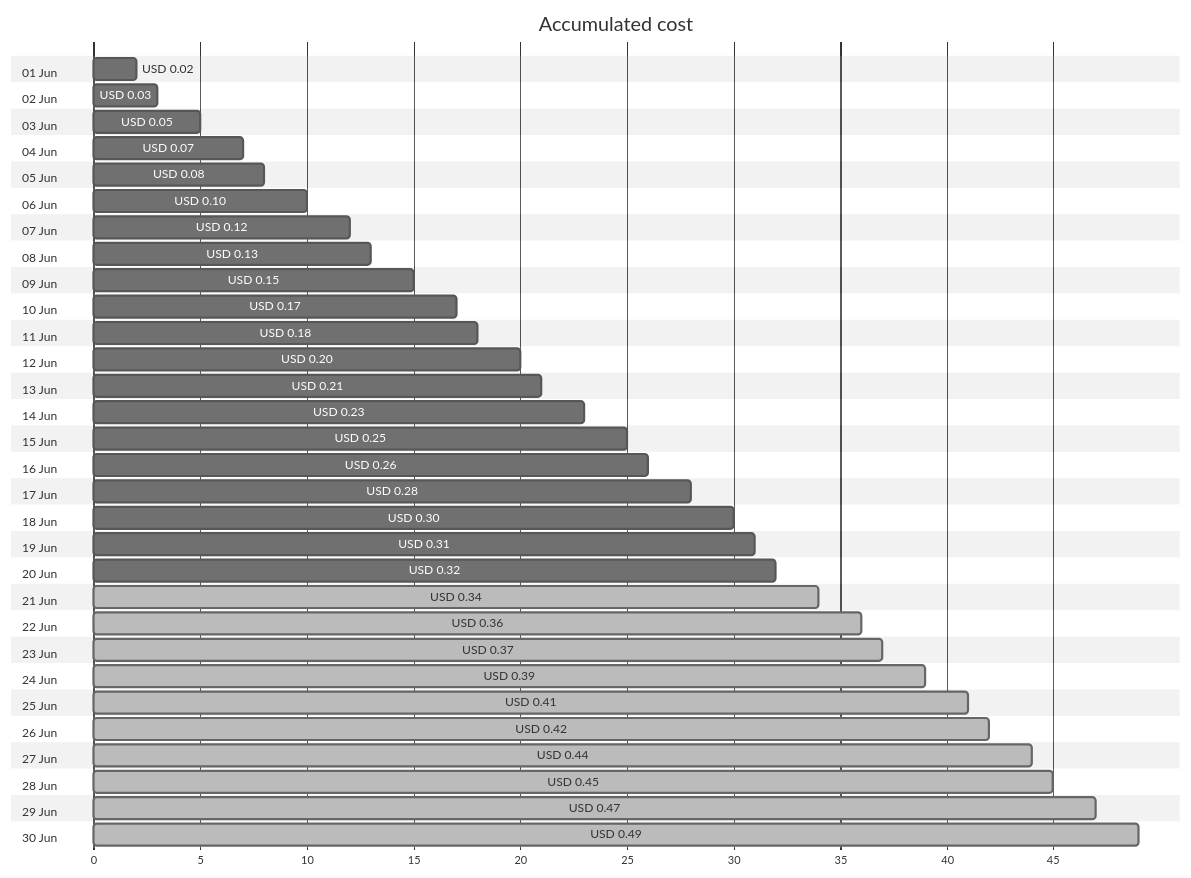
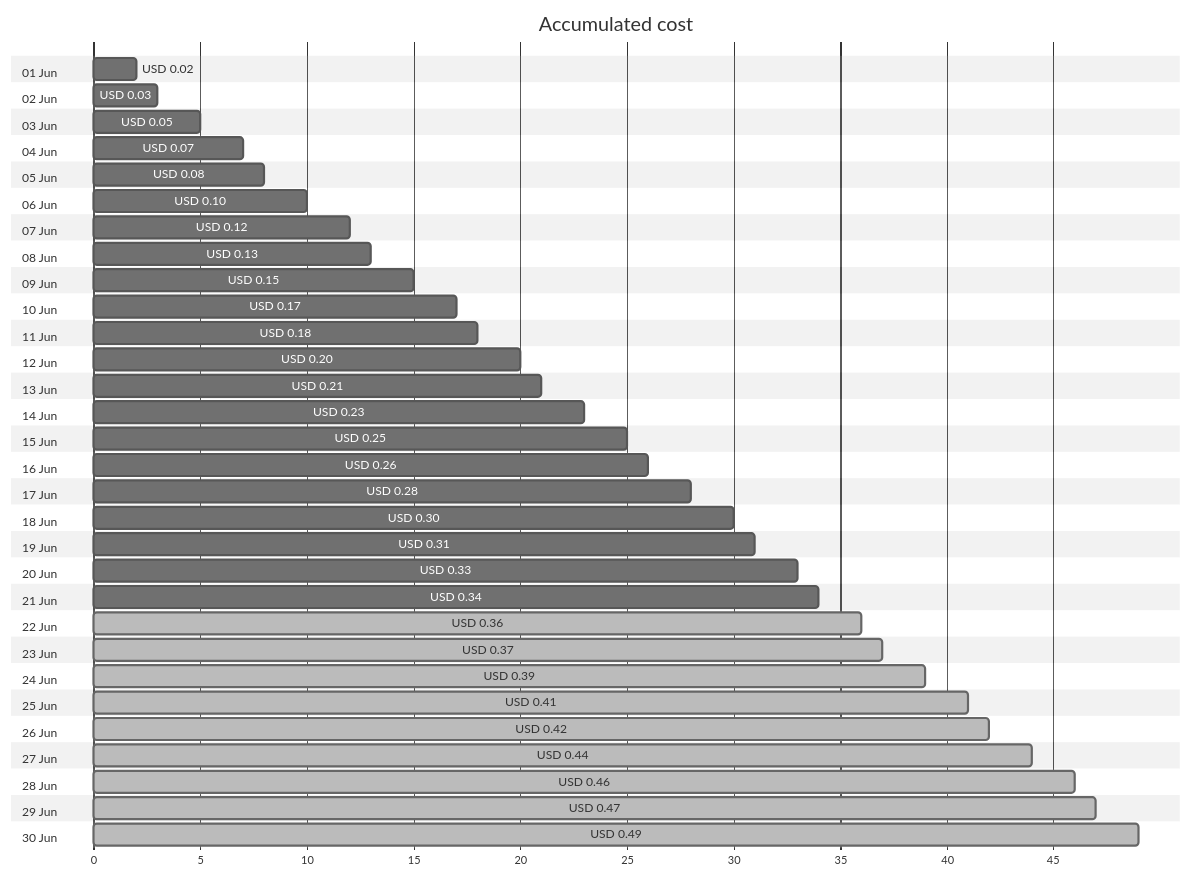
The first of 4 diagrams in cost-reports/personal-dns/jpatrickfulton.dev.md (jpfulton/azure-personal-reports), drawn with Mermaid (neutral theme) before and after one commit. The commit also changed other lines of this file and 2 other files, not shown here.

````diff
--- a/cost-reports/personal-dns/jpatrickfulton.dev.md
+++ b/cost-reports/personal-dns/jpatrickfulton.dev.md
@@ -20,66 +20,66 @@
 ```mermaid
 gantt
    title Accumulated cost
    dateFormat  X
    axisFormat %s
    section 01 Jun
    USD 0.02 :0, 2
    section 02 Jun
    USD 0.03 :0, 3
    section 03 Jun
    USD 0.05 :0, 5
    section 04 Jun
    USD 0.07 :0, 7
    section 05 Jun
    USD 0.08 :0, 8
    section 06 Jun
    USD 0.10 :0, 10
    section 07 Jun
    USD 0.12 :0, 12
    section 08 Jun
    USD 0.13 :0, 13
    section 09 Jun
    USD 0.15 :0, 15
    section 10 Jun
    USD 0.17 :0, 17
    section 11 Jun
    USD 0.18 :0, 18
    section 12 Jun
    USD 0.20 :0, 20
    section 13 Jun
    USD 0.21 :0, 21
    section 14 Jun
    USD 0.23 :0, 23
    section 15 Jun
    USD 0.25 :0, 25
    section 16 Jun
    USD 0.26 :0, 26
    section 17 Jun
    USD 0.28 :0, 28
    section 18 Jun
    USD 0.30 :0, 30
    section 19 Jun
    USD 0.31 :0, 31
    section 20 Jun
-   USD 0.32 :0, 32
+   USD 0.33 :0, 33
    section 21 Jun
-   USD 0.34 : done, 0, 34
+   USD 0.34 :0, 34
    section 22 Jun
    USD 0.36 : done, 0, 36
    section 23 Jun
    USD 0.37 : done, 0, 37
    section 24 Jun
    USD 0.39 : done, 0, 39
    section 25 Jun
    USD 0.41 : done, 0, 41
    section 26 Jun
    USD 0.42 : done, 0, 42
    section 27 Jun
    USD 0.44 : done, 0, 44
    section 28 Jun
-   USD 0.45 : done, 0, 45
+   USD 0.46 : done, 0, 46
    section 29 Jun
    USD 0.47 : done, 0, 47
    section 30 Jun
    USD 0.49 : done, 0, 49
 ```
````
